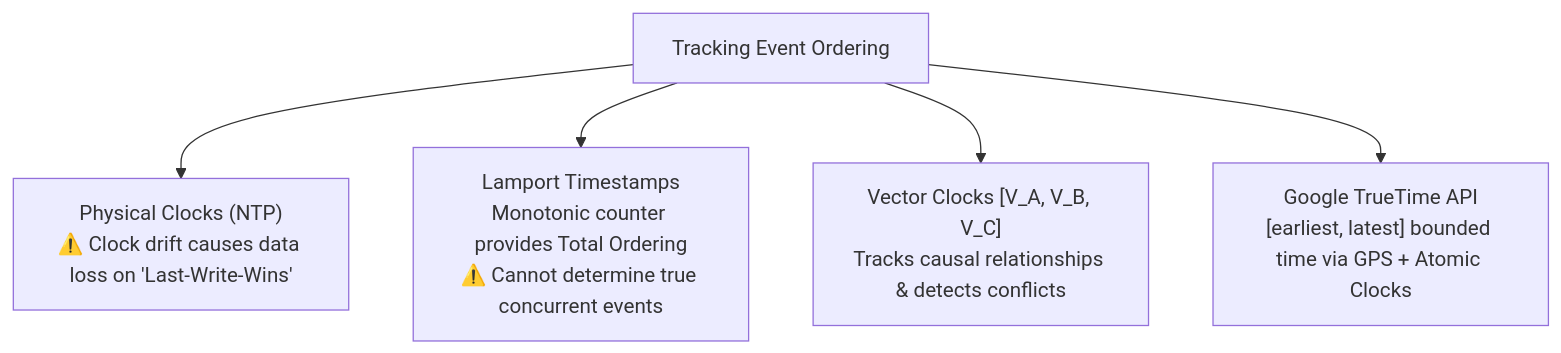
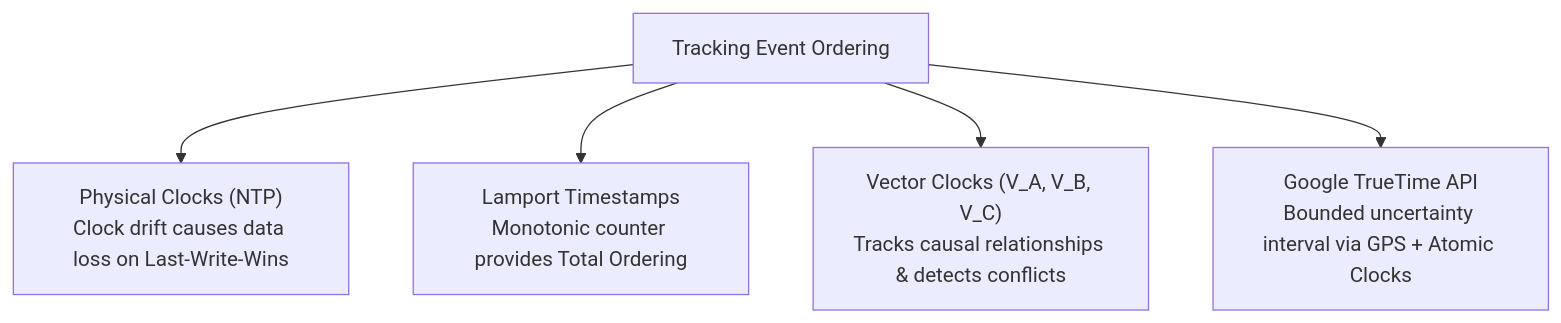
Before and after one commit to Sourav108/strivers-lld: the fourth of 4 diagrams in strivers-hld/10-Distributed-Systems/README.md, drawn with Mermaid. The commit also changed 5 other files, not shown here.

Commit message:
fix(mermaid): sanitize mermaid diagram syntax, edge labels, and character encodings

````diff
--- a/strivers-hld/10-Distributed-Systems/README.md
+++ b/strivers-hld/10-Distributed-Systems/README.md
@@ -85,7 +85,7 @@
 ```mermaid
 flowchart TD
-    TimeOrder["Tracking Event Ordering"] --> NTP["Physical Clocks (NTP)<br/>⚠️ Clock drift causes data loss on 'Last-Write-Wins'"]
-    TimeOrder --> Lamport["Lamport Timestamps<br/>Monotonic counter provides Total Ordering<br/>⚠️ Cannot determine true concurrent events"]
-    TimeOrder --> Vector["Vector Clocks [V_A, V_B, V_C]<br/>Tracks causal relationships & detects conflicts"]
-    TimeOrder --> TrueTime["Google TrueTime API<br/>[earliest, latest] bounded time via GPS + Atomic Clocks"]
+    TimeOrder["Tracking Event Ordering"] --> NTP["Physical Clocks (NTP)<br/>Clock drift causes data loss on Last-Write-Wins"]
+    TimeOrder --> Lamport["Lamport Timestamps<br/>Monotonic counter provides Total Ordering"]
+    TimeOrder --> Vector["Vector Clocks (V_A, V_B, V_C)<br/>Tracks causal relationships & detects conflicts"]
+    TimeOrder --> TrueTime["Google TrueTime API<br/>Bounded uncertainty interval via GPS + Atomic Clocks"]
 ```
````
